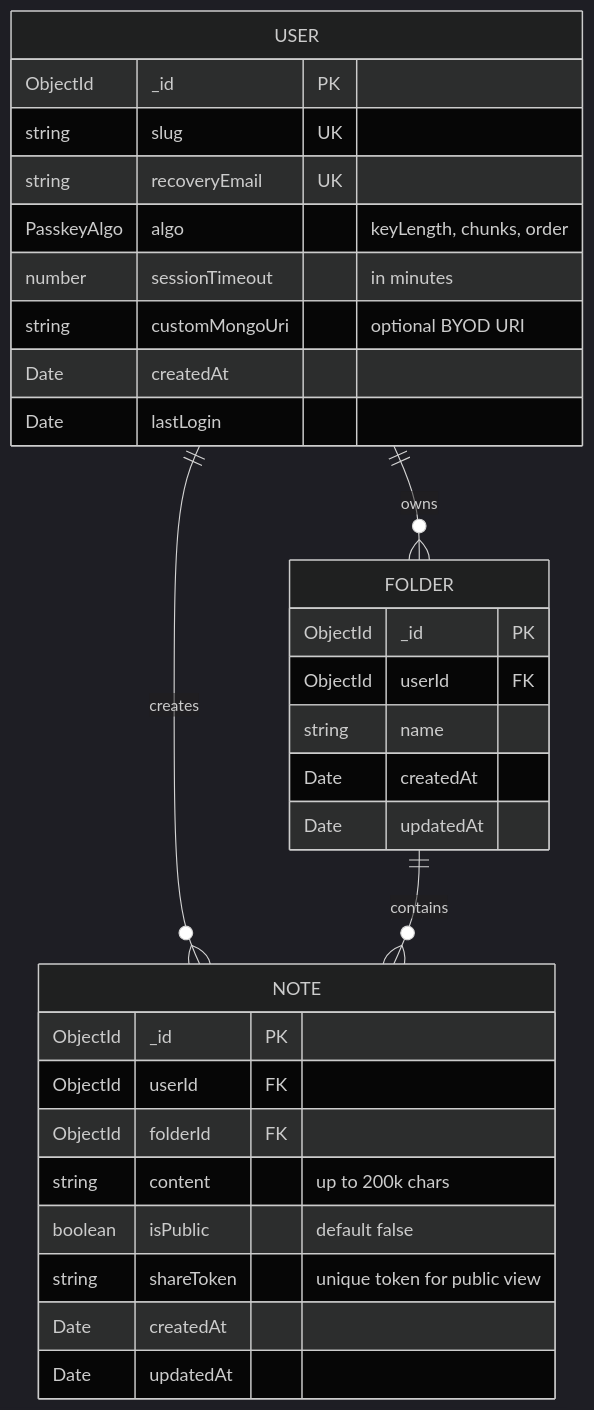
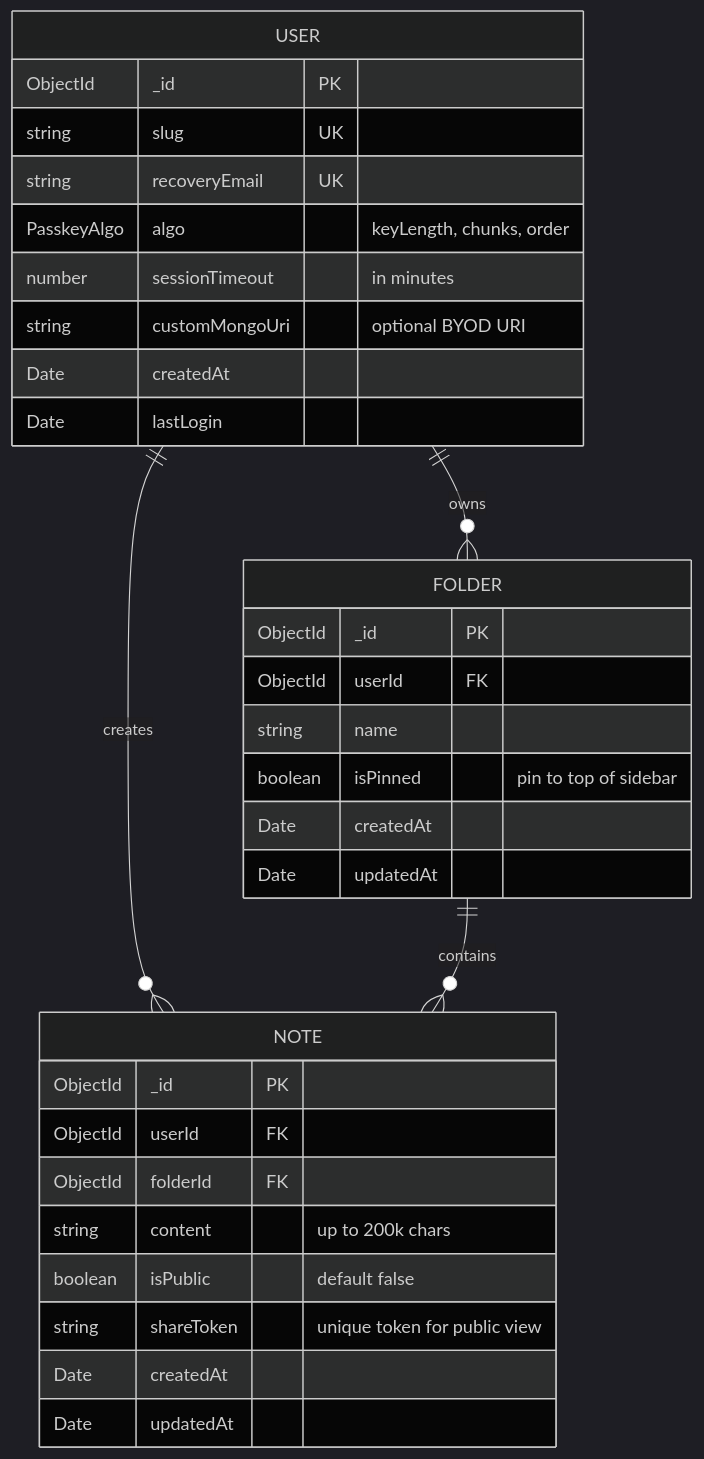
One commit to Pranav1632/pgnote changed the fourth of 4 diagrams in README.md. Above: the diagram before and after it, drawn with Mermaid (dark theme). The commit also changed other lines of this file, not shown here.

Commit message:
docs: fix Mermaid diagram syntax by quoting edge label with parentheses and document new features

````diff
--- a/README.md
+++ b/README.md
@@ -137,36 +137,37 @@
 ```mermaid
 erDiagram
     USER ||--o{ FOLDER : owns
     USER ||--o{ NOTE : creates
     FOLDER ||--o{ NOTE : contains
 
     USER {
         ObjectId _id PK
         string slug UK
         string recoveryEmail UK
         PasskeyAlgo algo "keyLength, chunks, order"
         number sessionTimeout "in minutes"
         string customMongoUri "optional BYOD URI"
         Date createdAt
         Date lastLogin
     }
 
     FOLDER {
         ObjectId _id PK
         ObjectId userId FK
         string name
+        boolean isPinned "pin to top of sidebar"
         Date createdAt
         Date updatedAt
     }
 
     NOTE {
         ObjectId _id PK
         ObjectId userId FK
         ObjectId folderId FK
         string content "up to 200k chars"
         boolean isPublic "default false"
         string shareToken "unique token for public view"
         Date createdAt
         Date updatedAt
     }
 ```
````
